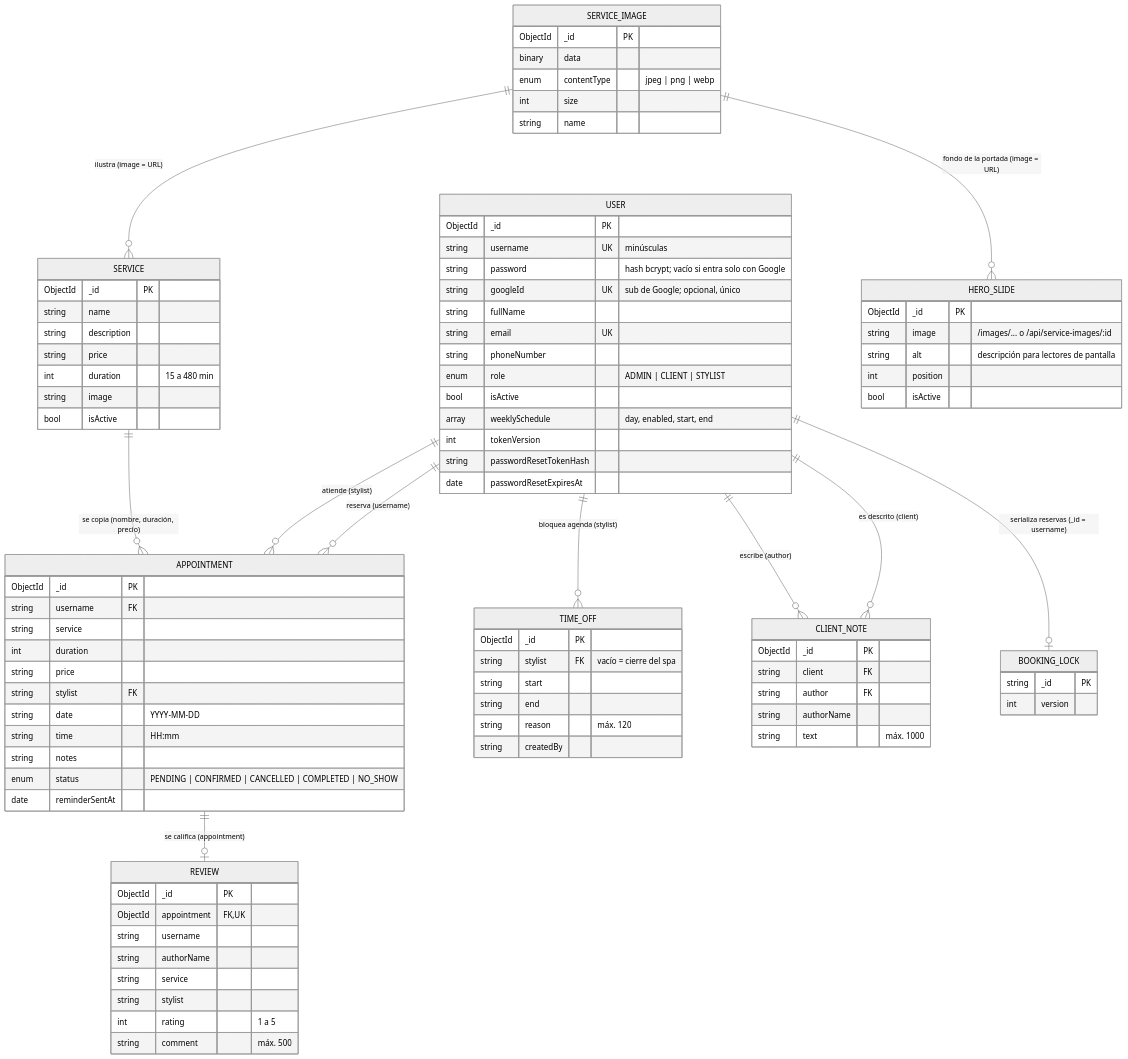
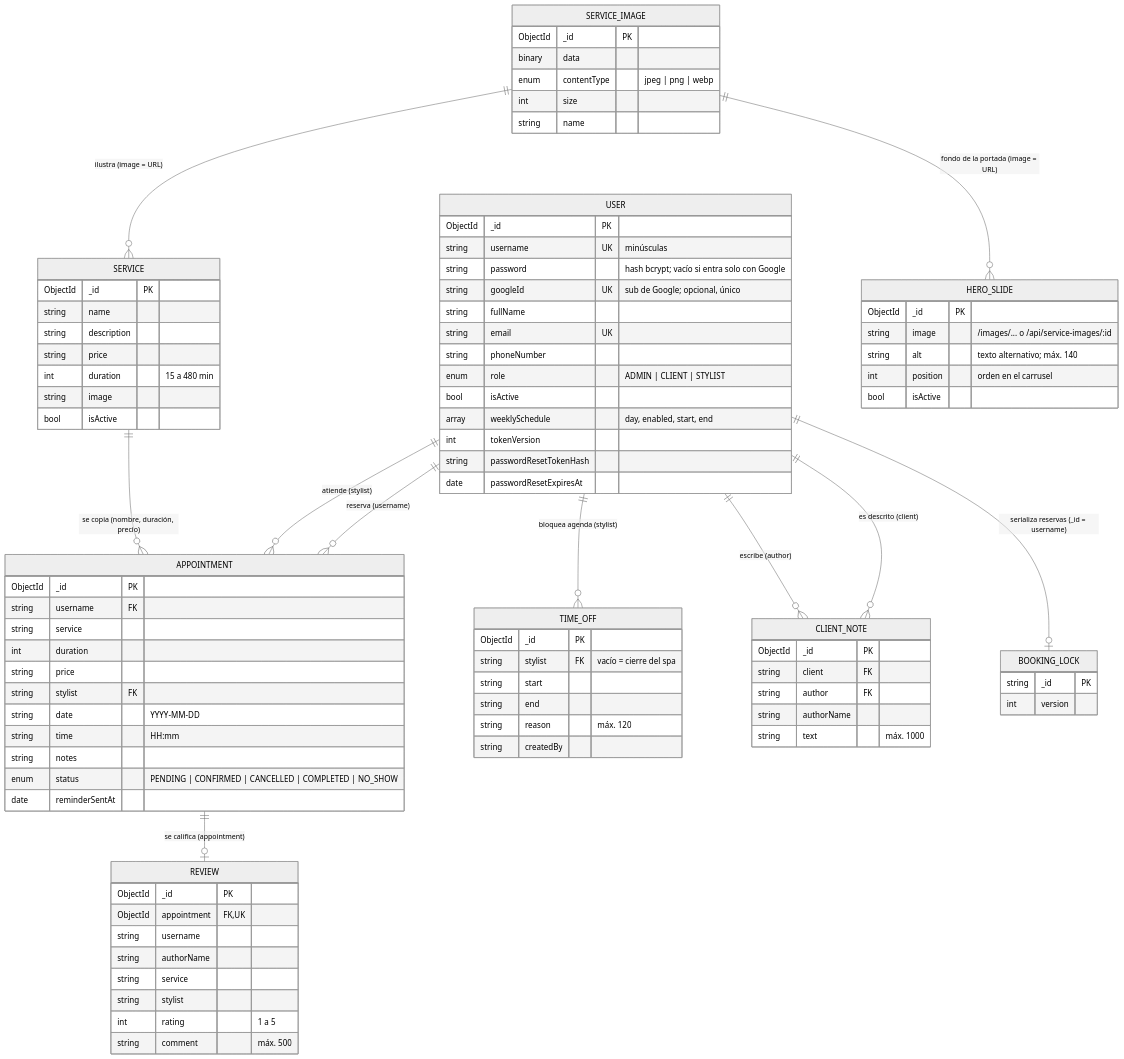
One commit to Omarcito-28/spa4.0 changed the diagram in docs/10-logica-de-datos/diagrama-de-colecciones.mmd. Above: the diagram before and after it, drawn with Mermaid (neutral theme). The commit also changed 50 other files, not shown here.

```diff
--- a/docs/10-logica-de-datos/diagrama-de-colecciones.mmd
+++ b/docs/10-logica-de-datos/diagrama-de-colecciones.mmd
@@ -1,91 +1,91 @@
 erDiagram
   USER ||--o{ APPOINTMENT : "reserva (username)"
   USER ||--o{ APPOINTMENT : "atiende (stylist)"
   SERVICE ||--o{ APPOINTMENT : "se copia (nombre, duración, precio)"
   APPOINTMENT ||--o| REVIEW : "se califica (appointment)"
   USER ||--o{ TIME_OFF : "bloquea agenda (stylist)"
   USER ||--o{ CLIENT_NOTE : "es descrito (client)"
   USER ||--o{ CLIENT_NOTE : "escribe (author)"
   SERVICE_IMAGE ||--o{ SERVICE : "ilustra (image = URL)"
   SERVICE_IMAGE ||--o{ HERO_SLIDE : "fondo de la portada (image = URL)"
   USER ||--o| BOOKING_LOCK : "serializa reservas (_id = username)"
   USER {
     ObjectId _id PK
     string username UK "minúsculas"
     string password "hash bcrypt; vacío si entra solo con Google"
     string googleId UK "sub de Google; opcional, único"
     string fullName
     string email UK
     string phoneNumber
     enum role "ADMIN | CLIENT | STYLIST"
     bool isActive
     array weeklySchedule "day, enabled, start, end"
     int tokenVersion
     string passwordResetTokenHash
     date passwordResetExpiresAt
   }
   HERO_SLIDE {
     ObjectId _id PK
     string image "/images/... o /api/service-images/:id"
-    string alt "descripción para lectores de pantalla"
-    int position
+    string alt "texto alternativo; máx. 140"
+    int position "orden en el carrusel"
     bool isActive
   }
   SERVICE {
     ObjectId _id PK
     string name
     string description
     string price
     int duration "15 a 480 min"
     string image
     bool isActive
   }
   APPOINTMENT {
     ObjectId _id PK
     string username FK
     string service
     int duration
     string price
     string stylist FK
     string date "YYYY-MM-DD"
     string time "HH:mm"
     string notes
     enum status "PENDING | CONFIRMED | CANCELLED | COMPLETED | NO_SHOW"
     date reminderSentAt
   }
   REVIEW {
     ObjectId _id PK
     ObjectId appointment FK,UK
     string username
     string authorName
     string service
     string stylist
     int rating "1 a 5"
     string comment "máx. 500"
   }
   TIME_OFF {
     ObjectId _id PK
     string stylist FK "vacío = cierre del spa"
     string start
     string end
     string reason "máx. 120"
     string createdBy
   }
   CLIENT_NOTE {
     ObjectId _id PK
     string client FK
     string author FK
     string authorName
     string text "máx. 1000"
   }
   SERVICE_IMAGE {
     ObjectId _id PK
     binary data
     enum contentType "jpeg | png | webp"
     int size
     string name
   }
   BOOKING_LOCK {
     string _id PK
     int version
   }
```
